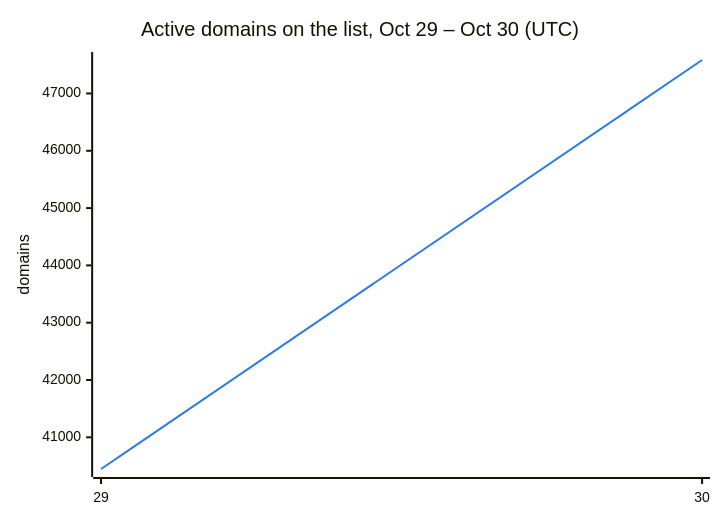
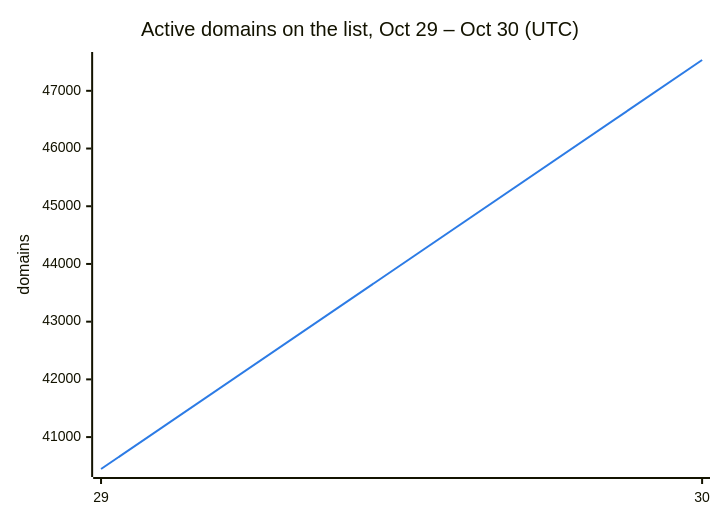
One commit to DNSBunker/CTI changed the second of 3 diagrams in README.md. Above: the diagram before and after it, drawn with Mermaid. The commit also changed other lines of this file and 3 other files, not shown here.

````diff
--- a/README.md
+++ b/README.md
@@ -38,8 +38,8 @@
 ```mermaid
 %%{init: {"themeVariables": {"xyChart": {"plotColorPalette": "#2c7be5"}}}}%%
 xychart-beta
     title "Active domains on the list, Oct 29 – Oct 30 (UTC)"
     x-axis ["29", "30"]
     y-axis "domains"
-    line [40447, 47584]
+    line [40447, 47534]
 ```
````
